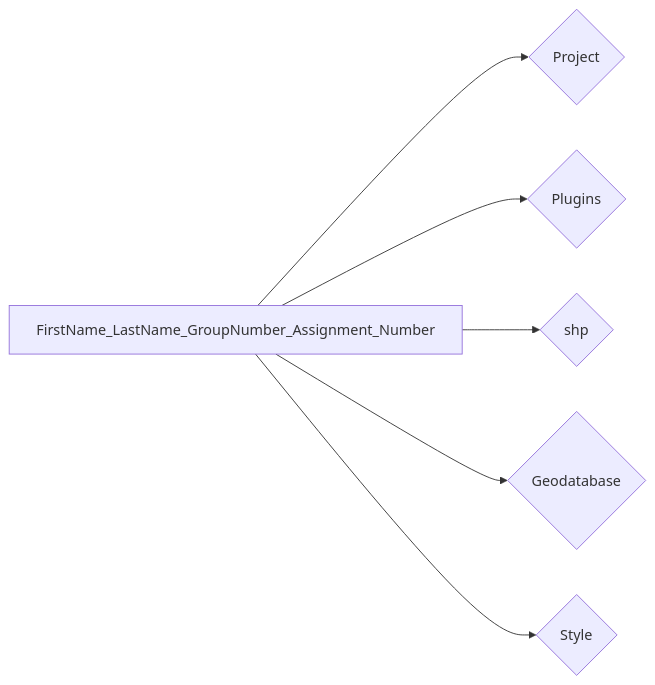
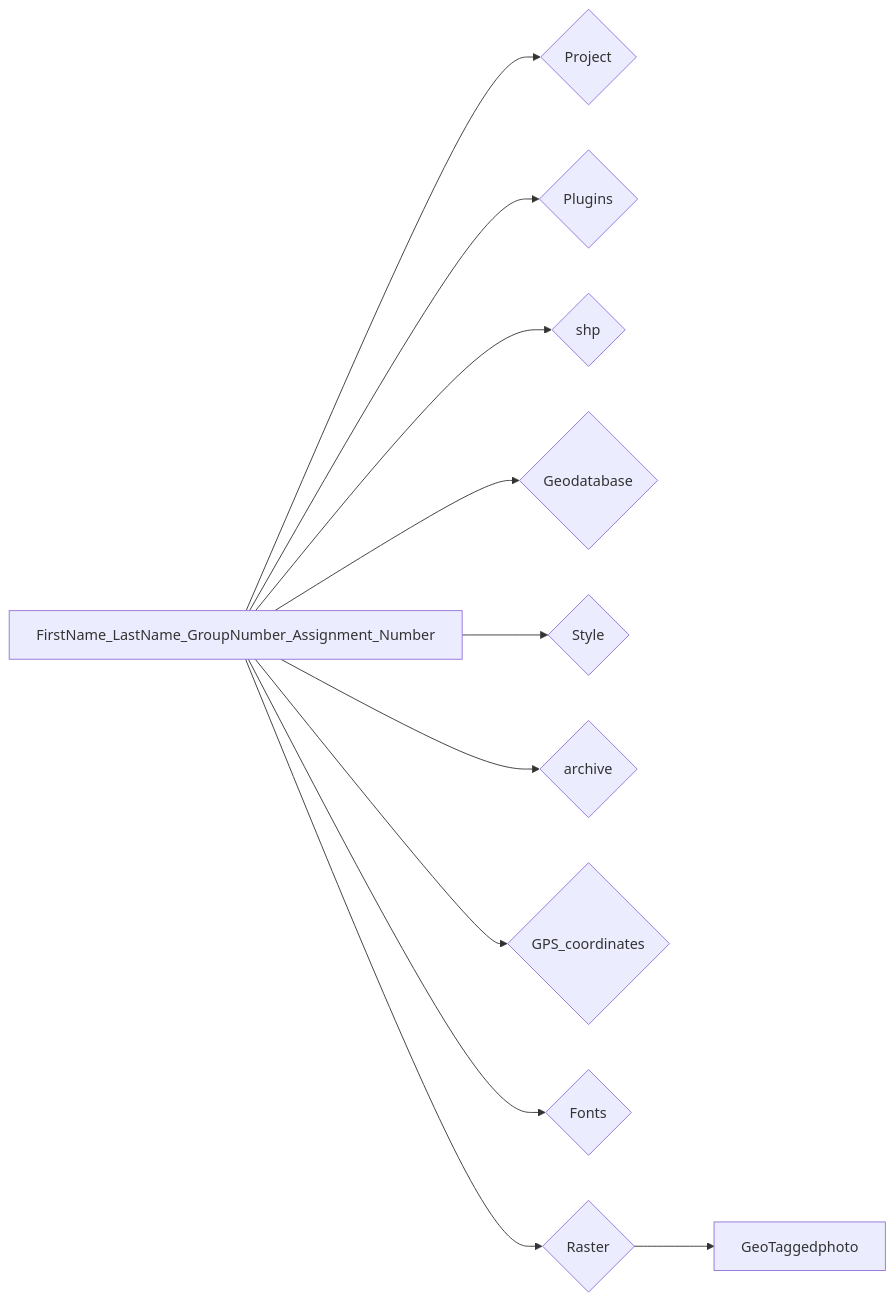
One commit to ezdanapak/GTU-GIS changed the diagram in docs/GIS_SKA/Lab/Digitization1.md. Above: the diagram before and after it, drawn with Mermaid. The commit also changed other lines of this file and 1 other file, not shown here.

````diff
--- a/docs/GIS_SKA/Lab/Digitization1.md
+++ b/docs/GIS_SKA/Lab/Digitization1.md
@@ -76,8 +76,14 @@
 ``` mermaid
 graph LR
   A[FirstName_LastName_GroupNumber_Assignment_Number] --> B{Project};
   A[FirstName_LastName_GroupNumber_Assignment_Number] --> C{Plugins};
   A[FirstName_LastName_GroupNumber_Assignment_Number] --> D{shp};
   A[FirstName_LastName_GroupNumber_Assignment_Number] --> E{Geodatabase};
   A[FirstName_LastName_GroupNumber_Assignment_Number] --> F{Style};
+  A[FirstName_LastName_GroupNumber_Assignment_Number] --> G{archive};
+  A[FirstName_LastName_GroupNumber_Assignment_Number] --> H{GPS_coordinates};
+  A[FirstName_LastName_GroupNumber_Assignment_Number] --> I{Fonts};
+  A[FirstName_LastName_GroupNumber_Assignment_Number] --> J{Raster};
+  J --> K[GeoTaggedphoto];
+
 ```
````
